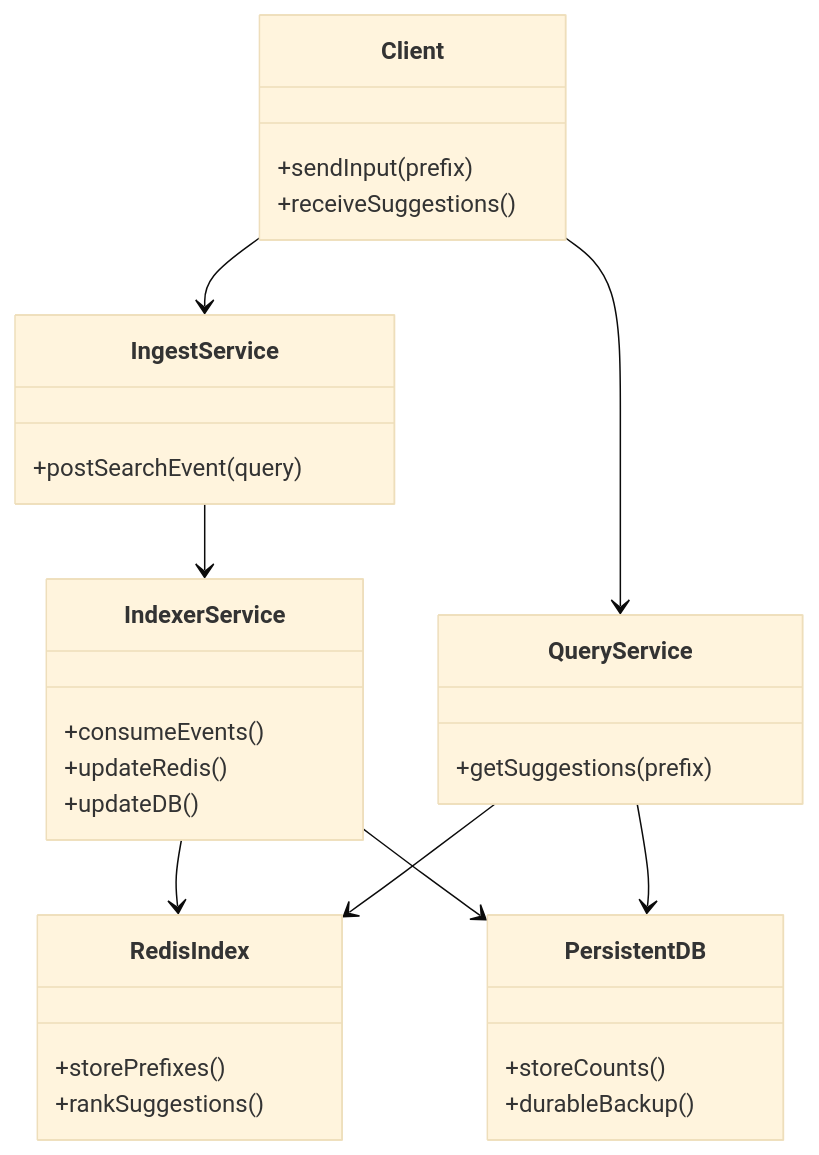
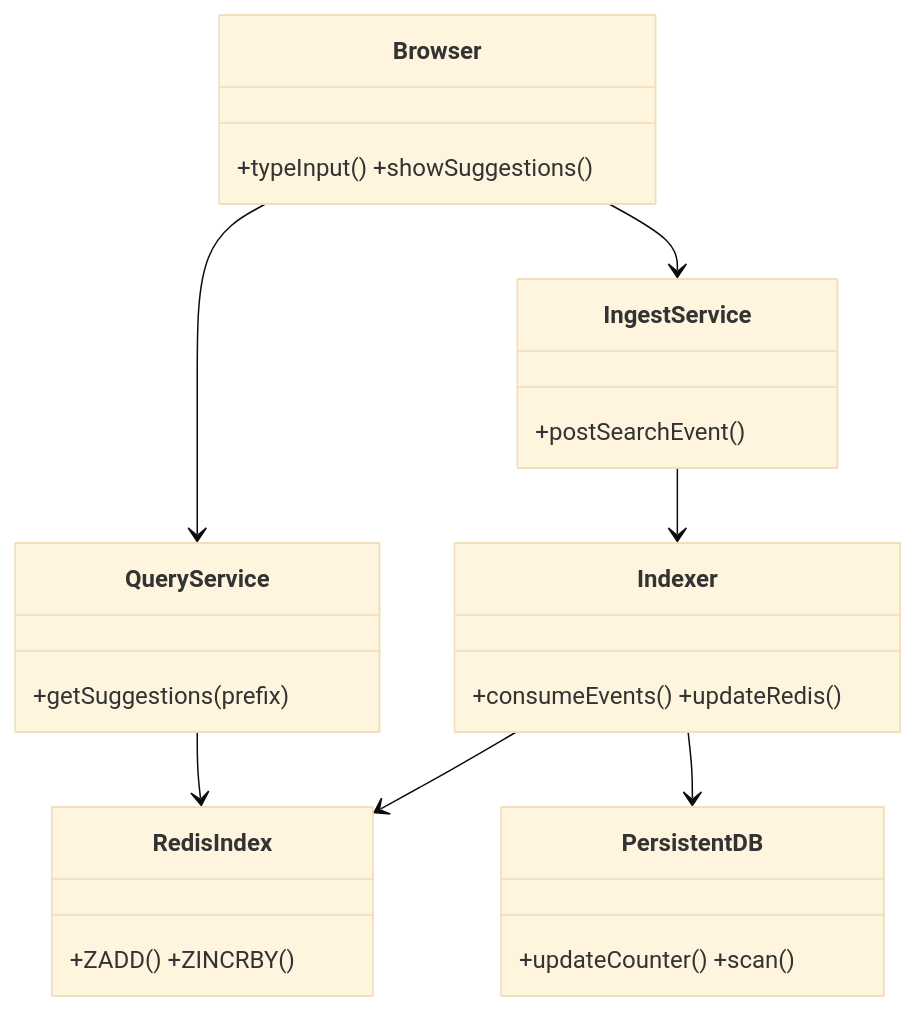
Before and after one commit to ankitsoni/SystemDesignProblems: the second of 4 diagrams in AutocompleteSearchSuggestionSystem.md, drawn with Mermaid (base theme). The commit also changed other lines of this file, not shown here.

````diff
--- a/AutocompleteSearchSuggestionSystem.md
+++ b/AutocompleteSearchSuggestionSystem.md
@@ -53,34 +348,16 @@
 ```mermaid
 classDiagram
-    class Client {
-        +sendInput(prefix)
-        +receiveSuggestions()
-    }
-    class QueryService {
-        +getSuggestions(prefix)
-    }
-    class IngestService {
-        +postSearchEvent(query)
-    }
-    class IndexerService {
-        +consumeEvents()
-        +updateRedis()
-        +updateDB()
-    }
-    class RedisIndex {
-        +storePrefixes()
-        +rankSuggestions()
-    }
-    class PersistentDB {
-        +storeCounts()
-        +durableBackup()
-    }
+    class Browser{+typeInput() +showSuggestions()}
+    class QueryService{+getSuggestions(prefix)}
+    class IngestService{+postSearchEvent()}
+    class Indexer{+consumeEvents() +updateRedis()}
+    class RedisIndex{+ZADD() +ZINCRBY()}
+    class PersistentDB{+updateCounter() +scan()}
 
-    Client --> QueryService
-    Client --> IngestService
-    IngestService --> IndexerService
-    IndexerService --> RedisIndex
-    IndexerService --> PersistentDB
+    Browser --> QueryService
+    Browser --> IngestService
     QueryService --> RedisIndex
-    QueryService --> PersistentDB
+    Indexer --> RedisIndex
+    Indexer --> PersistentDB
+    IngestService --> Indexer
 ```
````
